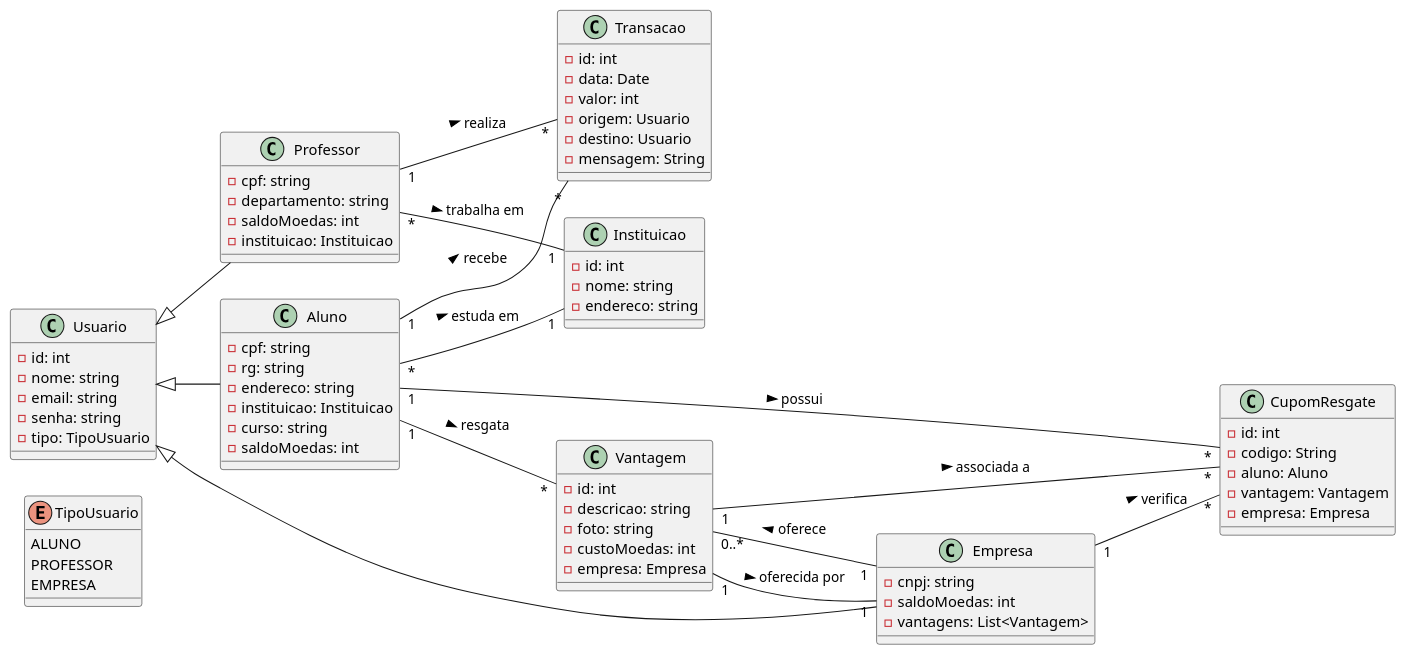
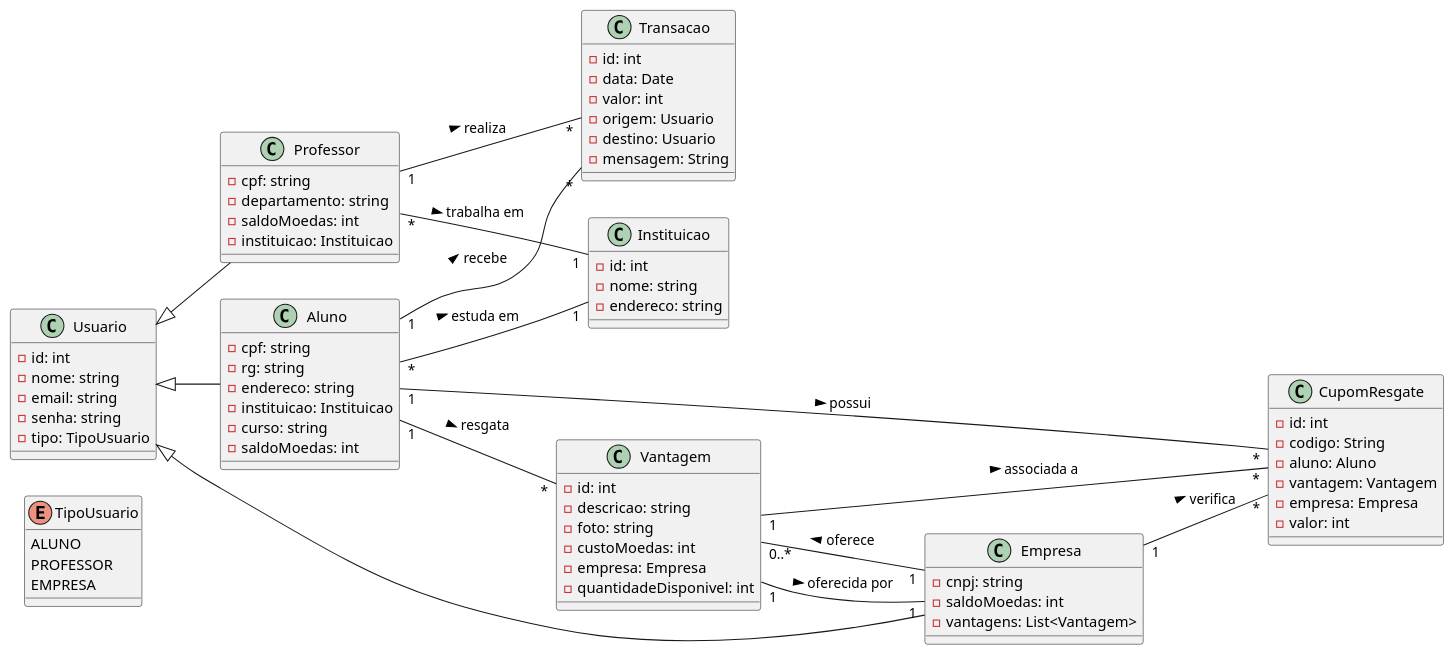
One commit to software-engineering-graduation/sistema_moeda_estudantil_lds2024 changed the diagram in projeto/diagrama_de_classes.puml. Above: the diagram before and after it, drawn with PlantUML. The commit also changed 2 other files, not shown here.

Commit message:
add entity-relationship model and update class diagram

```diff
--- a/projeto/diagrama_de_classes.puml
+++ b/projeto/diagrama_de_classes.puml
@@ -1,90 +1,92 @@
 @startuml Diagrama de classes
 left to right direction
 
 enum TipoUsuario {
     ALUNO
     PROFESSOR
     EMPRESA
 }
 
 class Usuario {
     - id: int
     - nome: string
     - email: string
     - senha: string
     - tipo: TipoUsuario
 }
 
 class Aluno {
     - cpf: string
     - rg: string
     - endereco: string
     - instituicao: Instituicao
     - curso: string
     - saldoMoedas: int
 }
 
 class Professor {
     - cpf: string
     - departamento: string
     - saldoMoedas: int
     - instituicao: Instituicao
 }
 
 class Empresa {
     - cnpj: string
     - saldoMoedas: int
     - vantagens: List<Vantagem>
 }
 
 class Instituicao {
     - id: int
     - nome: string
     - endereco: string
 }
 
 class Vantagem {
     - id: int
     - descricao: string
     - foto: string
     - custoMoedas: int
     - empresa: Empresa
+    - quantidadeDisponivel: int
 }
 
 class CupomResgate {
     - id: int
     - codigo: String
     - aluno: Aluno
     - vantagem: Vantagem
     - empresa: Empresa
+    - valor: int
 }
 
 class Transacao {
     - id: int
     - data: Date
     - valor: int
     - origem: Usuario
     - destino: Usuario
     - mensagem: String
 }
 
 Usuario <|-- Aluno
 Usuario <|-- Professor
 Usuario <|-- Empresa
 
 Aluno "*" -- "1" Instituicao : estuda em >
 Professor "*" -- "1" Instituicao : trabalha em >
 
 Empresa "1" -- "0..*" Vantagem : oferece >
 
 Aluno "1" -- "*" Vantagem : resgata >
 Aluno "1" -- "*" CupomResgate : possui >
 Empresa "1" -- "*" CupomResgate : verifica >
 
 Professor "1" -- "*" Transacao : realiza >
 Aluno "1" -- "*" Transacao : recebe >
 
 Vantagem "1" -- "1" Empresa : oferecida por >
 Vantagem "1" -- "*" CupomResgate : associada a >
 
 @enduml
```
